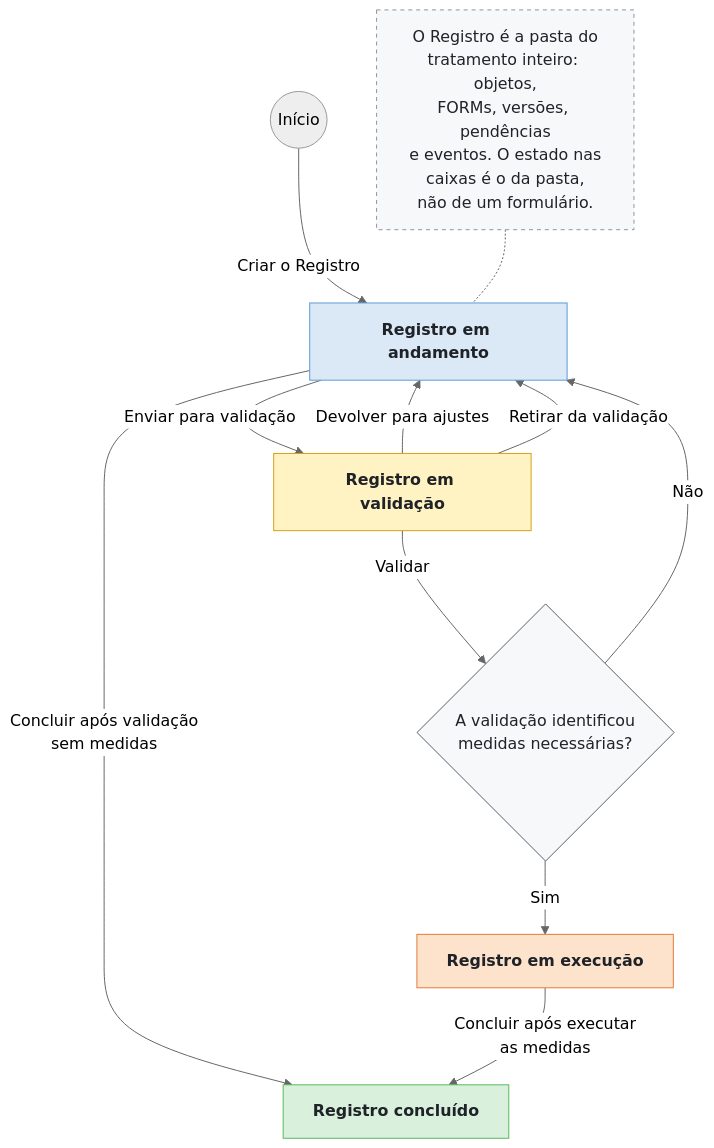
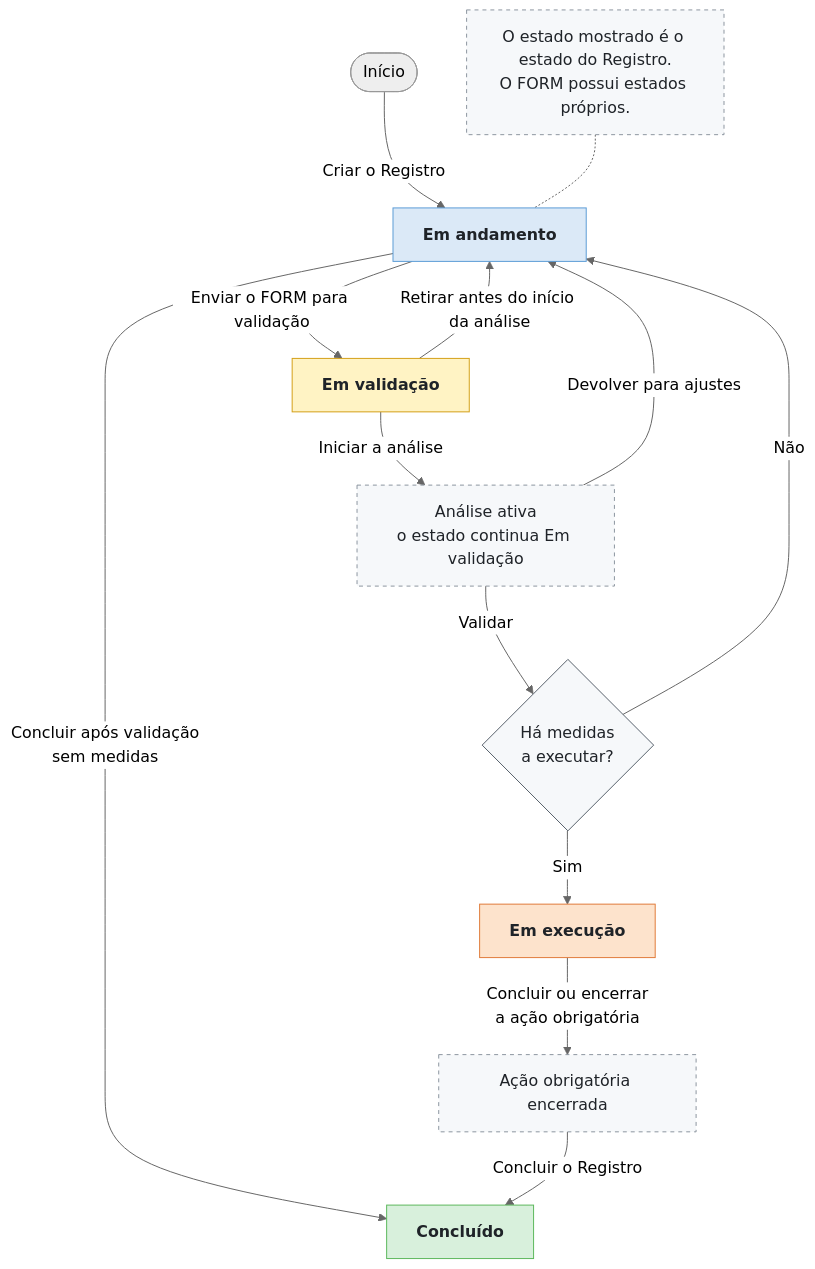
Before and after one commit to ailtonfv/governanca-lgpd-hortolandia: the first of 9 diagrams in docs/arquitetura/MAPA_M1a.md, drawn with Mermaid (neutral theme). The commit also changed other lines of this file, not shown here.

````diff
--- a/docs/arquitetura/MAPA_M1a.md
+++ b/docs/arquitetura/MAPA_M1a.md
@@ -9,22 +65,30 @@
 ```mermaid
 flowchart TD
-    I(("Início")) -- "Criar o Registro" --> A["Registro em andamento"]
-    A -- "Enviar para validação" --> V["Registro em validação"]
-    V -- "Devolver para ajustes" --> A
-    V -- "Retirar da validação" --> A
-    V -- "Validar" --> D{"A validação identificou<br/>medidas necessárias?"}
+    INI([Início]) -- "Criar o Registro" --> A["Em andamento"]
+    A -- "Enviar o FORM para validação" --> V["Em validação"]
+
+    V -- "Retirar antes do início da análise" --> A
+    V -- "Iniciar a análise" --> AN["Análise ativa<br/>o estado continua Em validação"]
+    AN -- "Devolver para ajustes" --> A
+    AN -- "Validar" --> D{"Há medidas<br/>a executar?"}
+
     D -- "Não" --> A
-    D -- "Sim" --> X["Registro em execução"]
-    A -- "Concluir após validação<br/>sem medidas" --> C["Registro concluído"]
-    X -- "Concluir após executar<br/>as medidas" --> C
-    R["O Registro é a pasta do<br/>tratamento inteiro: objetos,<br/>FORMs, versões, pendências<br/>e eventos. O estado nas<br/>caixas é o da pasta,<br/>não de um formulário."]
-    R -.- A
+    D -- "Sim" --> X["Em execução"]
+
+    A -- "Concluir após validação<br/>sem medidas" --> C["Concluído"]
+    X -- "Concluir ou encerrar<br/>a ação obrigatória" --> AC["Ação obrigatória encerrada"]
+    AC -- "Concluir o Registro" --> C
+
+    N["O estado mostrado é o estado do Registro.<br/>O FORM possui estados próprios."] -.- A
+
     classDef estado color:#1f2328,font-weight:bold
     class A,V,X,C estado
     style A fill:#dbe9f7,stroke:#5b9bd5,color:#1f2328
     style V fill:#fff3c4,stroke:#d4a017,color:#1f2328
     style X fill:#fde3cc,stroke:#e07b39,color:#1f2328
     style C fill:#d8f0dc,stroke:#5cb85c,color:#1f2328
     style D fill:#f6f8fa,stroke:#57606a,color:#1f2328
-    style R fill:#f6f8fa,stroke:#8c959f,color:#1f2328,stroke-dasharray:4
+    style AN fill:#f6f8fa,stroke:#8c959f,color:#1f2328,stroke-dasharray:4
+    style AC fill:#f6f8fa,stroke:#8c959f,color:#1f2328,stroke-dasharray:4
+    style N fill:#f6f8fa,stroke:#8c959f,color:#1f2328,stroke-dasharray:4
 ```
````
